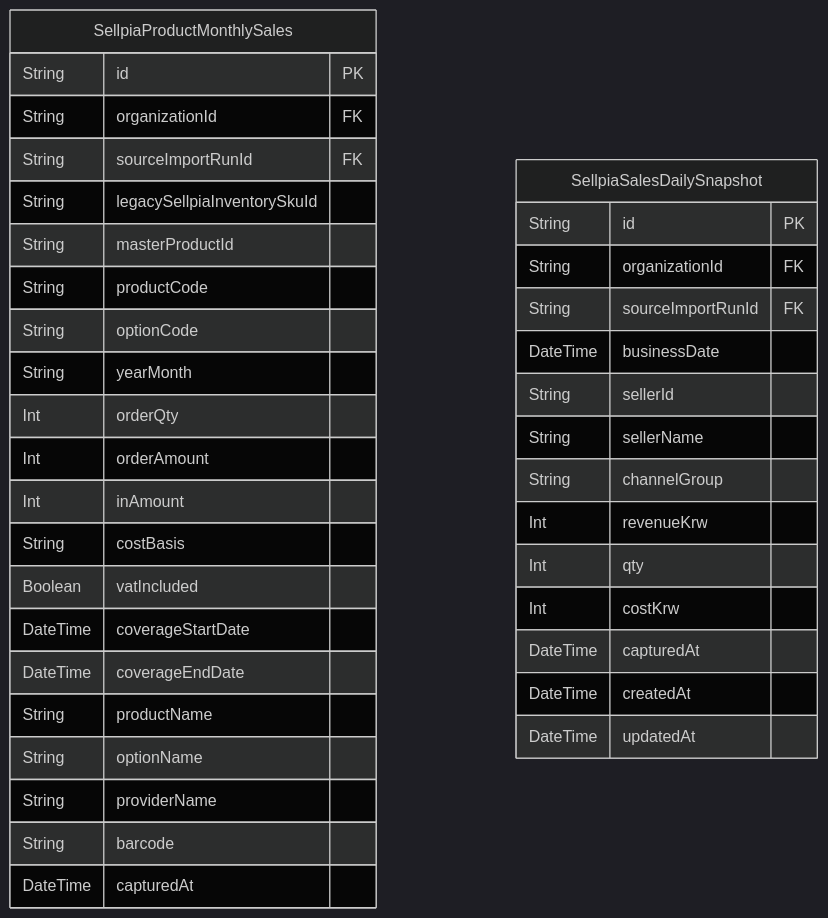
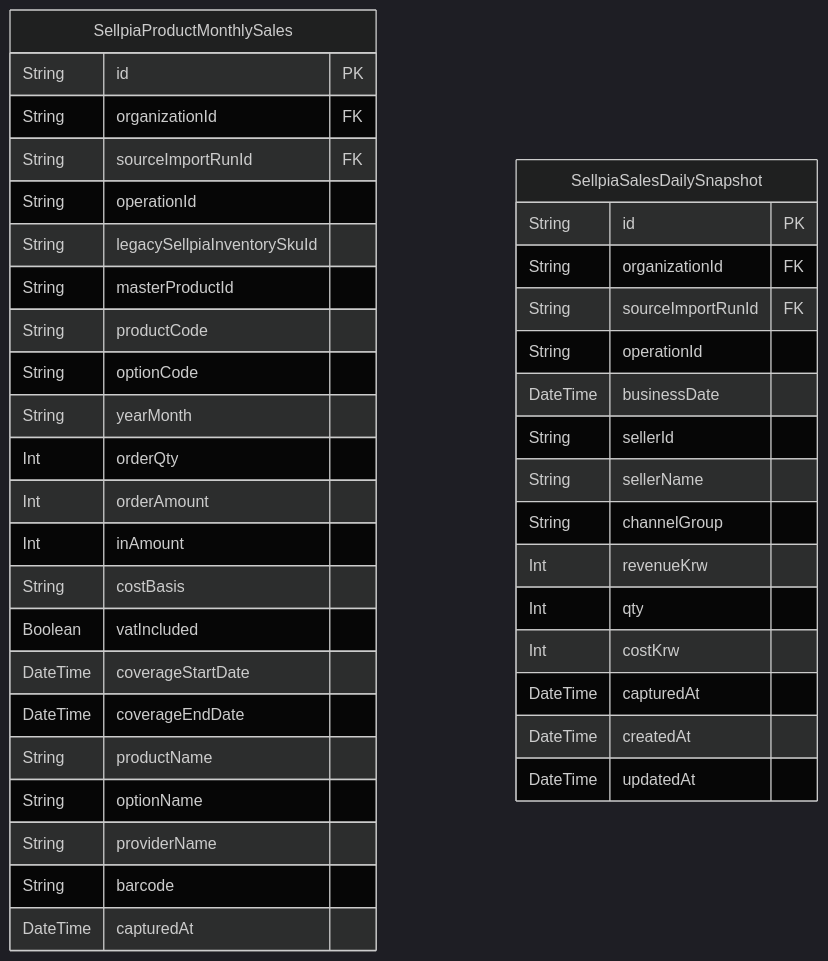
Before and after one commit to AgentFoundry-Labs/kiditem: the diagram in docs/erd/analytics.md, drawn with Mermaid (dark theme). The commit also changed 768 other files, not shown here.

````diff
--- a/docs/erd/analytics.md
+++ b/docs/erd/analytics.md
@@ -17,40 +17,42 @@
 ```mermaid
 erDiagram
   SellpiaProductMonthlySales {
     String id PK
     String organizationId FK
     String sourceImportRunId FK
+    String operationId
     String legacySellpiaInventorySkuId
     String masterProductId
     String productCode
     String optionCode
     String yearMonth
     Int orderQty
     Int orderAmount
     Int inAmount
     String costBasis
     Boolean vatIncluded
     DateTime coverageStartDate
     DateTime coverageEndDate
     String productName
     String optionName
     String providerName
     String barcode
     DateTime capturedAt
   }
   SellpiaSalesDailySnapshot {
     String id PK
     String organizationId FK
     String sourceImportRunId FK
+    String operationId
     DateTime businessDate
     String sellerId
     String sellerName
     String channelGroup
     Int revenueKrw
     Int qty
     Int costKrw
     DateTime capturedAt
     DateTime createdAt
     DateTime updatedAt
   }
 ```
````
